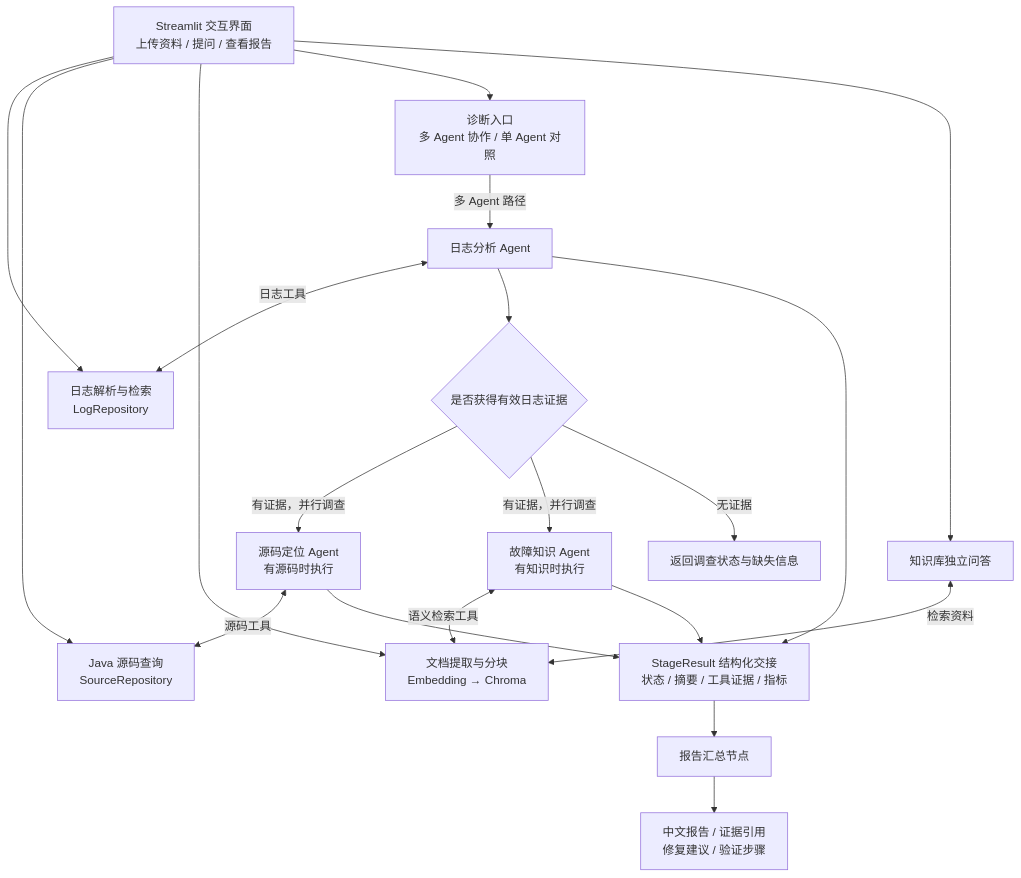
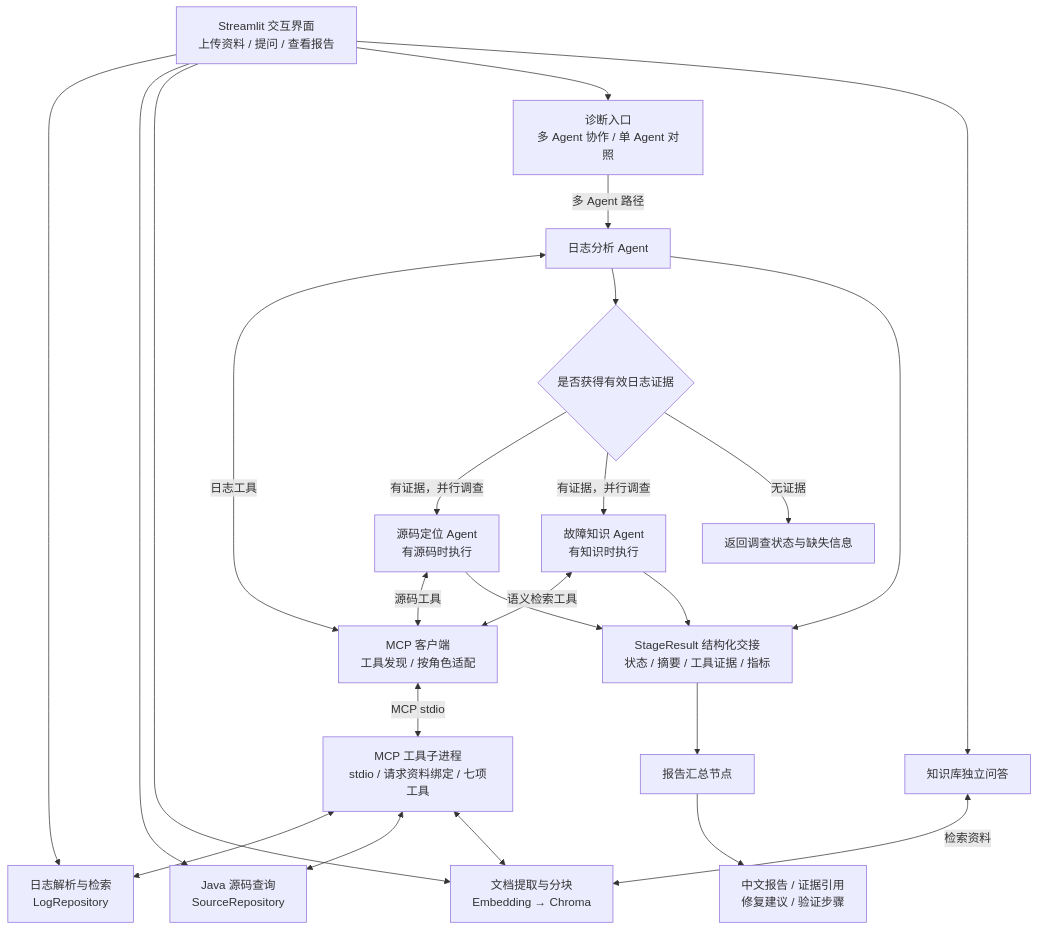
The diagram in README.md (08291130love-dot/log_diagnosis_agent), drawn with Mermaid before and after one commit. The commit also changed other lines of this file and 79 other files, not shown here.

Commit message:
Integrate MCP diagnostic tools and reorganize LogPilot architecture

````diff
--- a/README.md
+++ b/README.md
@@ -65,37 +95,43 @@
 ```mermaid
 flowchart TB
     U["Streamlit 交互界面<br/>上传资料 / 提问 / 查看报告"]
     L["日志解析与检索<br/>LogRepository"]
     S["Java 源码查询<br/>SourceRepository"]
     K["文档提取与分块<br/>Embedding → Chroma"]
     W["诊断入口<br/>多 Agent 协作 / 单 Agent 对照"]
+    MC["MCP 客户端<br/>工具发现 / 按角色适配"]
+    MS["MCP 工具子进程<br/>stdio / 请求资料绑定 / 七项工具"]
     LA["日志分析 Agent"]
     G{"是否获得有效日志证据"}
     SA["源码定位 Agent<br/>有源码时执行"]
     KA["故障知识 Agent<br/>有知识时执行"]
     H["StageResult 结构化交接<br/>状态 / 摘要 / 工具证据 / 指标"]
     R["报告汇总节点"]
     F["返回调查状态与缺失信息"]
     Q["知识库独立问答"]
     O["中文报告 / 证据引用<br/>修复建议 / 验证步骤"]
 
     U --> L
     U --> S
     U --> K
     U --> W
     W -->|"多 Agent 路径"| LA
-    LA <-->|日志工具| L
+    LA <-->|日志工具| MC
     LA --> G
     G -->|有证据，并行调查| SA
     G -->|有证据，并行调查| KA
     G -->|无证据| F
-    SA <-->|源码工具| S
-    KA <-->|语义检索工具| K
+    SA <-->|源码工具| MC
+    KA <-->|语义检索工具| MC
+    MC <-->|MCP stdio| MS
+    MS <--> L
+    MS <--> S
+    MS <--> K
     LA --> H
     SA --> H
     KA --> H
     H --> R
     R --> O
     U --> Q
     Q <-->|检索资料| K
 ```
````
